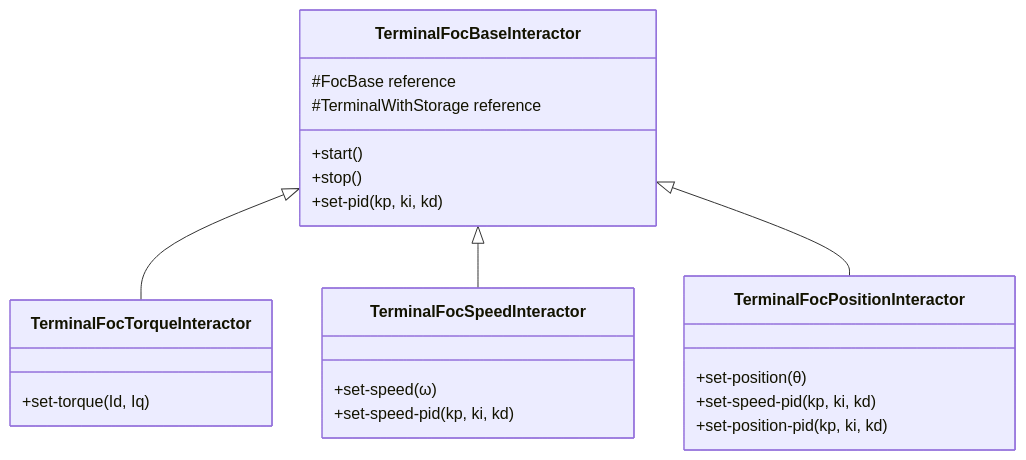
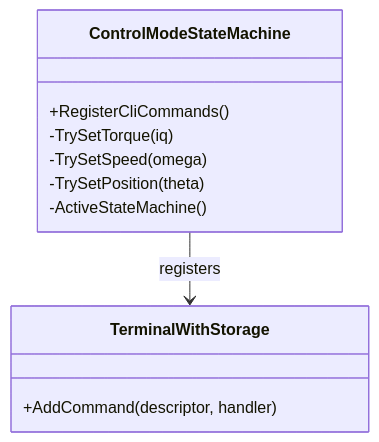
One commit to embedded-pro/e-foc changed the first of 3 diagrams in documentation/design/service-cli.md. Above: the diagram before and after it, drawn with Mermaid. The commit also changed other lines of this file and 320 other files, not shown here.

````diff
--- a/documentation/design/service-cli.md
+++ b/documentation/design/service-cli.md
@@ -52,26 +56,14 @@
 ```mermaid
 classDiagram
-    class TerminalFocBaseInteractor {
-        +start()
-        +stop()
-        +set-pid(kp, ki, kd)
-        #FocBase reference
-        #TerminalWithStorage reference
+    class ControlModeStateMachine {
+        +RegisterCliCommands()
+        -TrySetTorque(iq)
+        -TrySetSpeed(omega)
+        -TrySetPosition(theta)
+        -ActiveStateMachine()
     }
-    class TerminalFocTorqueInteractor {
-        +set-torque(Id, Iq)
+    class TerminalWithStorage {
+        +AddCommand(descriptor, handler)
     }
-    class TerminalFocSpeedInteractor {
-        +set-speed(ω)
-        +set-speed-pid(kp, ki, kd)
-    }
-    class TerminalFocPositionInteractor {
-        +set-position(θ)
-        +set-speed-pid(kp, ki, kd)
-        +set-position-pid(kp, ki, kd)
-    }
-
-    TerminalFocBaseInteractor <|-- TerminalFocTorqueInteractor
-    TerminalFocBaseInteractor <|-- TerminalFocSpeedInteractor
-    TerminalFocBaseInteractor <|-- TerminalFocPositionInteractor
+    ControlModeStateMachine --> TerminalWithStorage : registers
 ```
````
